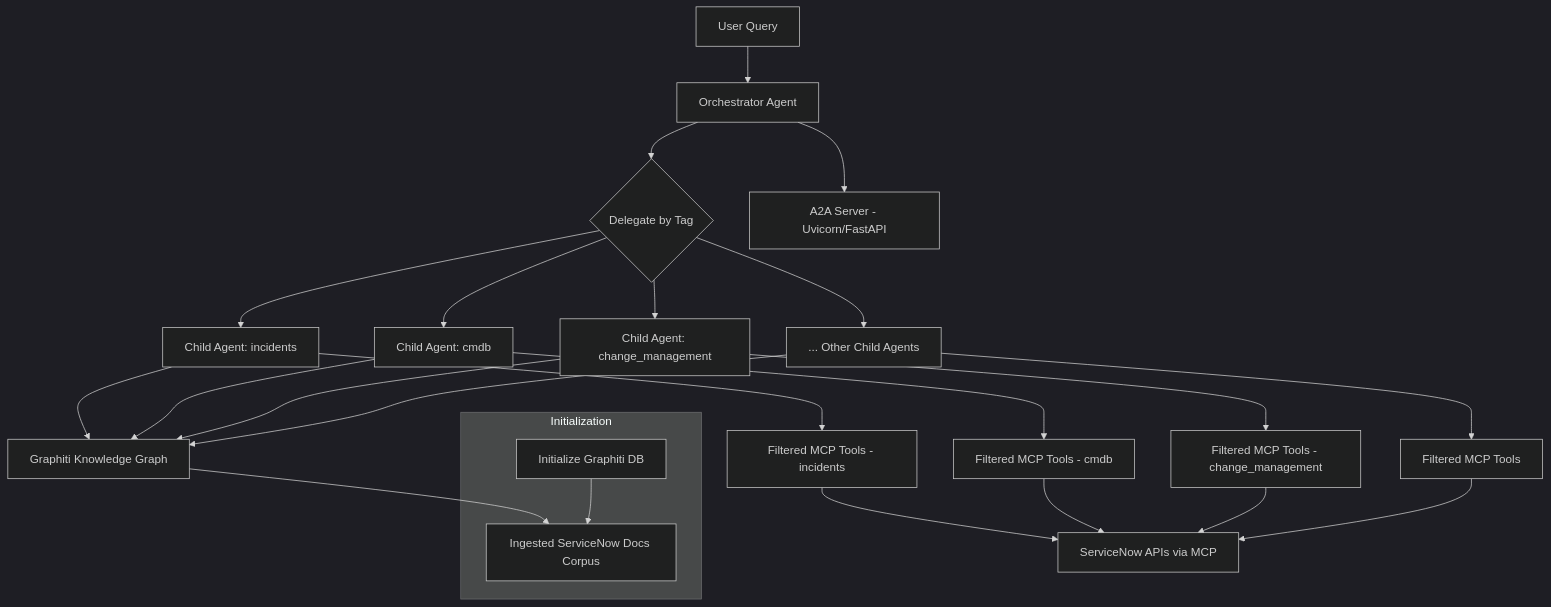
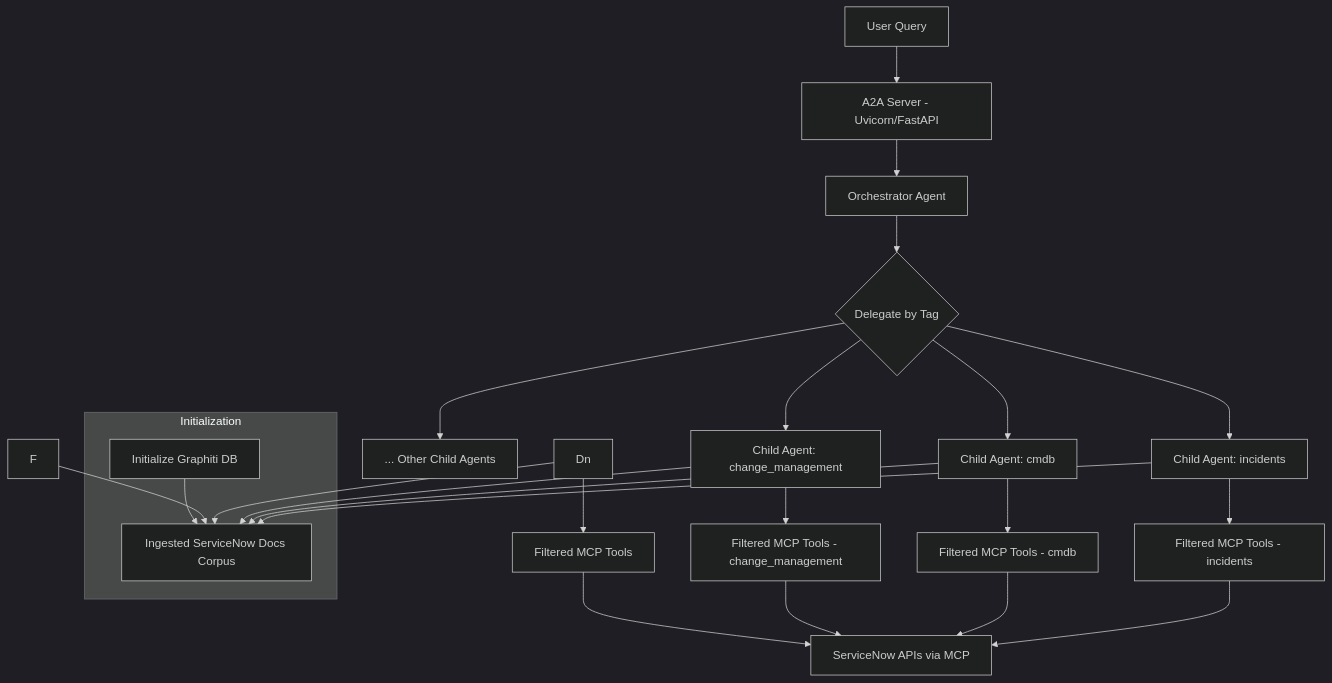
One commit to Knuckles-Team/servicenow-api changed the first of 2 diagrams in README.md. Above: the diagram before and after it, drawn with Mermaid (dark theme).

Commit message:
Fixed diagram order.

````diff
--- a/README.md
+++ b/README.md
@@ -169,26 +169,26 @@
 ```mermaid
 graph TD
-    A[User Query] --> B[Orchestrator Agent]
-    B --> C{Delegate by Tag}
-    C --> D1[Child Agent: incidents]
-    C --> D2[Child Agent: cmdb]
-    C --> D3[Child Agent: change_management]
-    C --> Dn[... Other Child Agents]
-    D1 --> E1[Filtered MCP Tools - incidents]
-    D1 --> F[Graphiti Knowledge Graph]
-    D2 --> E2[Filtered MCP Tools - cmdb]
-    D2 --> F
-    D3 --> E3[Filtered MCP Tools - change_management]
-    D3 --> F
-    Dn --> En[Filtered MCP Tools]
-    Dn --> F
+    A[User Query] --> B[A2A Server - Uvicorn/FastAPI]
+    B --> C[Orchestrator Agent]
+    C --> D{Delegate by Tag}
+    D --> E1[Child Agent: incidents]
+    D --> E2[Child Agent: cmdb]
+    D --> E3[Child Agent: change_management]
+    D --> En[... Other Child Agents]
+    E1 --> F1[Filtered MCP Tools - incidents]
+    E1 --> G[Graphiti Knowledge Graph]
+    E2 --> F2[Filtered MCP Tools - cmdb]
+    E2 --> G
+    E3 --> F3[Filtered MCP Tools - change_management]
+    E3 --> G
+    Dn --> Fn[Filtered MCP Tools]
+    Dn --> G
     F --> G[Ingested ServiceNow Docs Corpus]
-    E1 --> H[ServiceNow APIs via MCP]
-    E2 --> H
-    E3 --> H
-    En --> H
-    B --> I[A2A Server - Uvicorn/FastAPI]
+    F1 --> H[ServiceNow APIs via MCP]
+    F2 --> H
+    F3 --> H
+    Fn --> H
     subgraph "Initialization"
         J[Initialize Graphiti DB] --> G
     end
 ```
````
